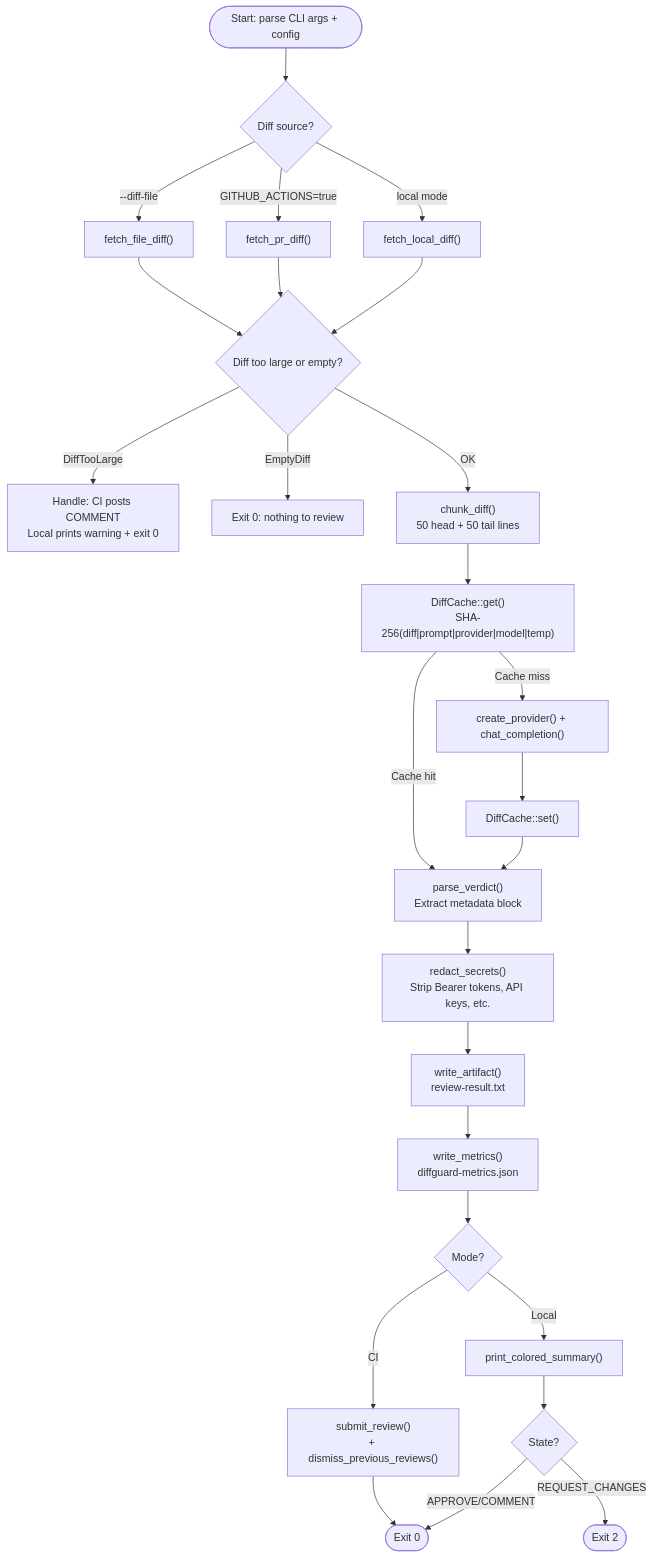
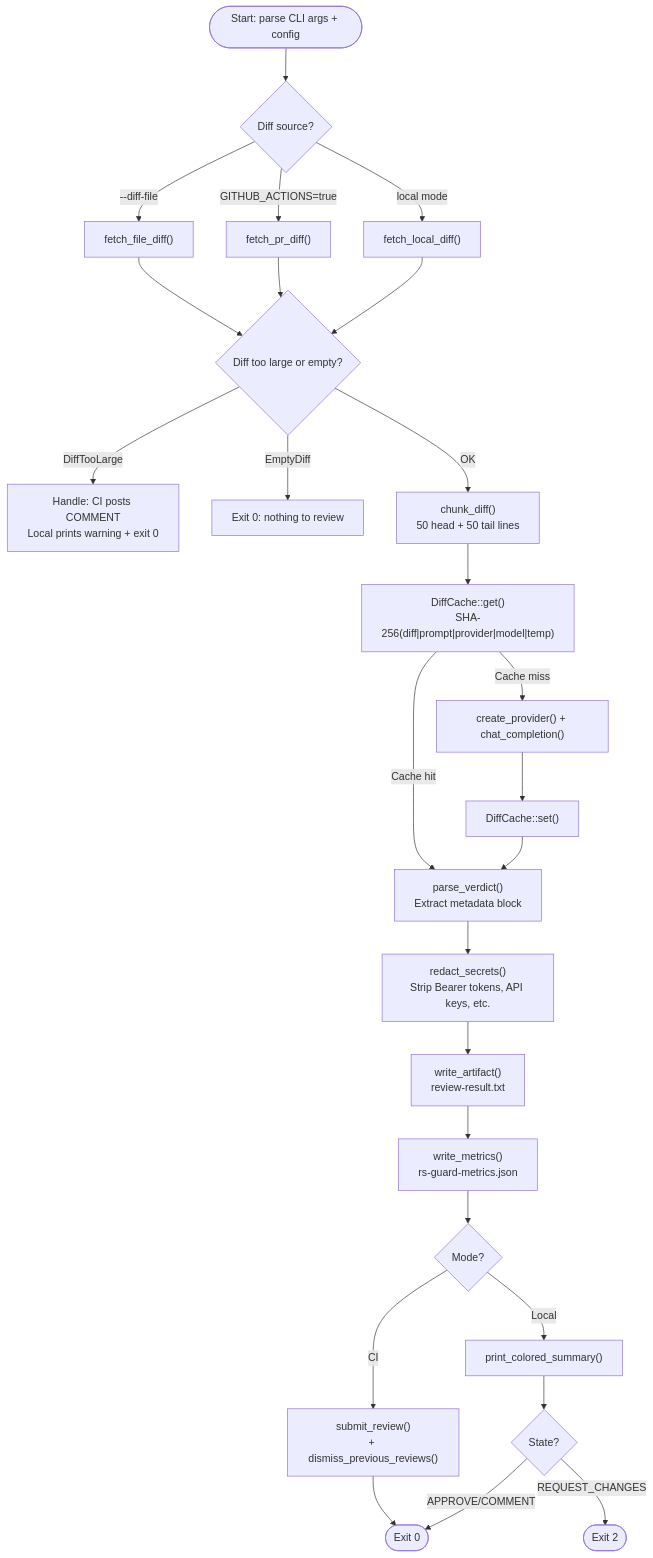
Before and after one commit to nebulaideas/rs-guard: the second of 2 diagrams in docs/implementation-guide.md, drawn with Mermaid. The commit also changed other lines of this file and 34 other files, not shown here.

````diff
--- a/docs/implementation-guide.md
+++ b/docs/implementation-guide.md
@@ -435,26 +435,26 @@
 ```mermaid
 flowchart TD
     A(["Start: parse CLI args + config"]) --> B{"Diff source?"}
     B -->|"--diff-file"| C["fetch_file_diff()"]
     B -->|"GITHUB_ACTIONS=true"| D["fetch_pr_diff()"]
     B -->|"local mode"| E["fetch_local_diff()"]
     C & D & E --> F{"Diff too large or empty?"}
     F -->|"DiffTooLarge"| G["Handle: CI posts COMMENT<br/>Local prints warning + exit 0"]
     F -->|"EmptyDiff"| H["Exit 0: nothing to review"]
     F -->|"OK"| I["chunk_diff()<br/>50 head + 50 tail lines"]
     I --> J["DiffCache::get()<br/>SHA-256(diff|prompt|provider|model|temp)"]
     J -->|"Cache hit"| M
     J -->|"Cache miss"| K["create_provider() + chat_completion()"]
     K --> L["DiffCache::set()"]
     L --> M["parse_verdict()<br/>Extract metadata block"]
     M --> N["redact_secrets()<br/>Strip Bearer tokens, API keys, etc."]
     N --> O["write_artifact()<br/>review-result.txt"]
-    O --> P["write_metrics()<br/>diffguard-metrics.json"]
+    O --> P["write_metrics()<br/>rs-guard-metrics.json"]
     P --> Q{"Mode?"}
     Q -->|"CI"| R["submit_review()<br/>+ dismiss_previous_reviews()"]
     Q -->|"Local"| S["print_colored_summary()"]
     R --> T(["Exit 0"])
     S --> U{"State?"}
     U -->|"APPROVE/COMMENT"| T
     U -->|"REQUEST_CHANGES"| V(["Exit 2"])
 ```
````
